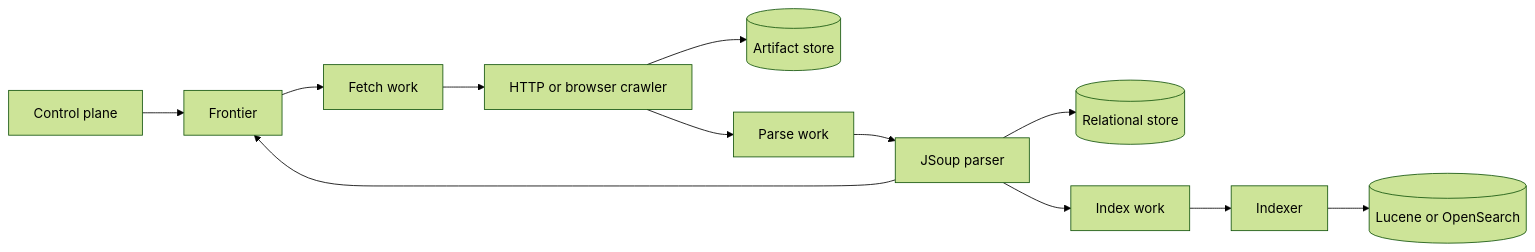
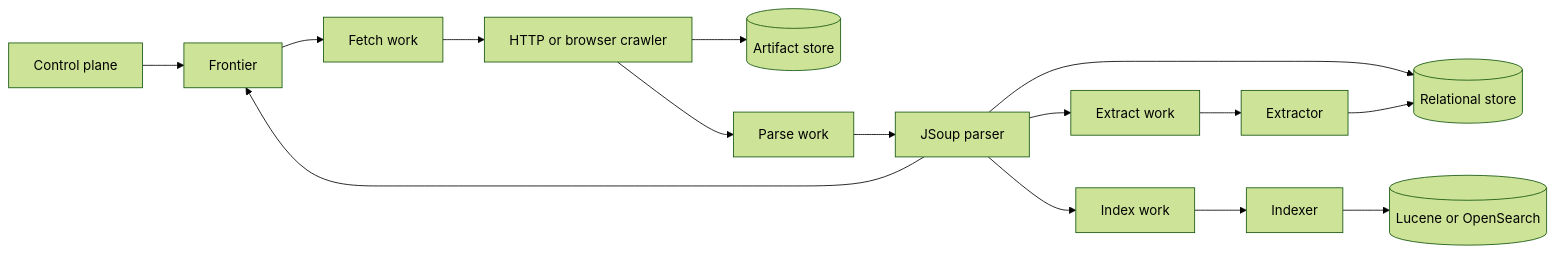
The diagram in docs/architecture.md (wenisch-tech/ContextCrate), drawn with Mermaid (forest theme) before and after one commit. The commit also changed other lines of this file and 22 other files, not shown here.

````diff
--- a/docs/architecture.md
+++ b/docs/architecture.md
@@ -7,14 +7,17 @@
 ```mermaid
 flowchart LR
   UI[Control plane] --> F[Frontier]
   F --> Q1[Fetch work]
   Q1 --> C[HTTP or browser crawler]
   C --> A[(Artifact store)]
   C --> Q2[Parse work]
   Q2 --> P[JSoup parser]
   P --> F
   P --> D[(Relational store)]
-  P --> Q3[Index work]
-  Q3 --> I[Indexer]
+  P --> Q3[Extract work]
+  Q3 --> E[Extractor]
+  E --> D
+  P --> Q4[Index work]
+  Q4 --> I[Indexer]
   I --> S[(Lucene or OpenSearch)]
 ```
````
